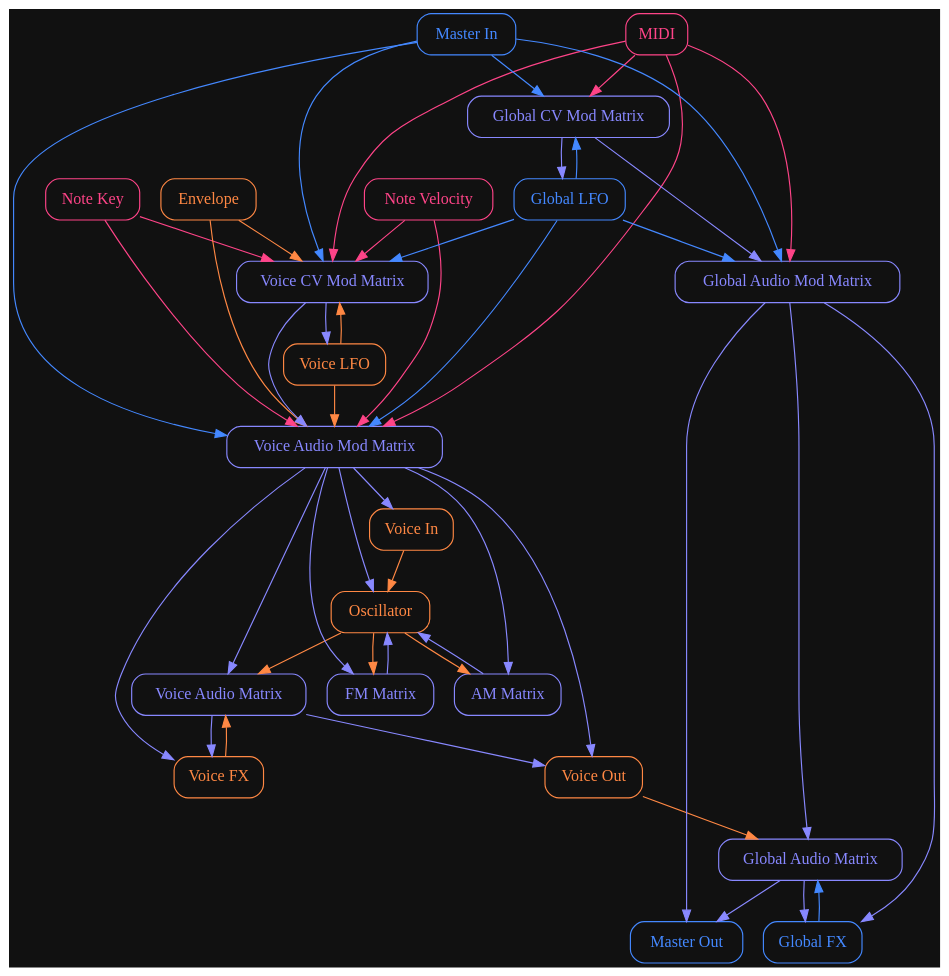
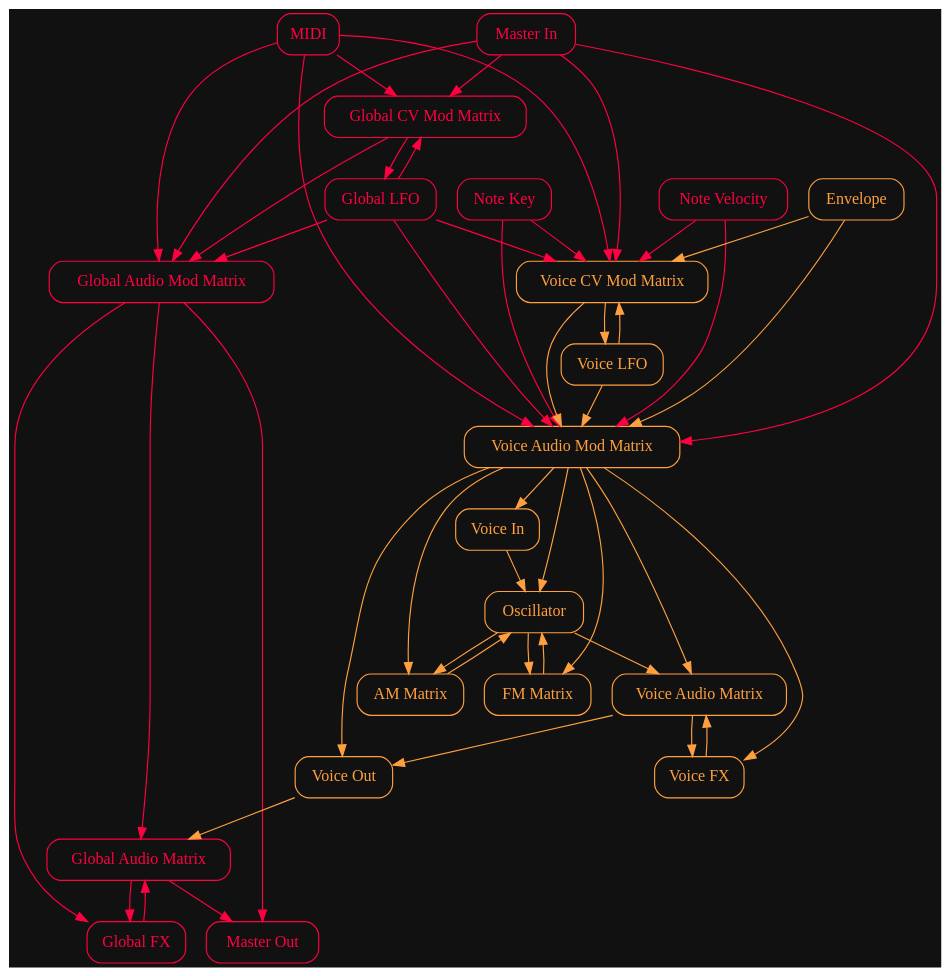
The diagram in static/routing_overview.dot (sjoerdvankreel/firefly-synth), drawn with Graphviz before and after one commit. The commit also changed 1 other file, not shown here.

```diff
--- a/static/routing_overview.dot
+++ b/static/routing_overview.dot
@@ -1,87 +1,83 @@
 digraph Synth {
   bgcolor="#111111";
 
   comment="External Nodes"
-  "MIDI" [shape="rect", style="rounded", color="#FF4488", fontcolor="#FF4488"]
-  "Note Key" [shape="rect", style="rounded", color="#FF4488", fontcolor="#FF4488"]
-  "Note Velocity" [shape="rect", style="rounded", color="#FF4488", fontcolor="#FF4488"]
+  "MIDI" [shape="rect", style="rounded", color="#FF0040", fontcolor="#FF0040"]
+  "Note Key" [shape="rect", style="rounded", color="#FF0040", fontcolor="#FF0040"]
+  "Note Velocity" [shape="rect", style="rounded", color="#FF0040", fontcolor="#FF0040"]
 
   comment="Global Nodes"
-  "Global FX" [shape="rect", style="rounded", color="#4488FF", fontcolor="#4488FF"]
-  "Master Out" [shape="rect", style="rounded", color="#4488FF", fontcolor="#4488FF"]
-  "Master In" [shape="rect", style="rounded", color="#4488FF", fontcolor="#4488FF"]
-  "Global LFO" [shape="rect", style="rounded", color="#4488FF", fontcolor="#4488FF"]
+  "Global FX" [shape="rect", style="rounded", color="#FF0040", fontcolor="#FF0040"]
+  "Master Out" [shape="rect", style="rounded", color="#FF0040", fontcolor="#FF0040"]
+  "Master In" [shape="rect", style="rounded", color="#FF0040", fontcolor="#FF0040"]
+  "Global LFO" [shape="rect", style="rounded", color="#FF0040", fontcolor="#FF0040"]
+  "Global Audio Matrix" [shape="rect", style="rounded", color="#FF0040", fontcolor="#FF0040"]
+  "Global CV Mod Matrix" [shape="rect", style="rounded", color="#FF0040", fontcolor="#FF0040"]
+  "Global Audio Mod Matrix" [shape="rect", style="rounded", color="#FF0040", fontcolor="#FF0040"]
 
   comment="Voice Nodes"
-  "Oscillator" [shape="rect", style="rounded", color="#FF8844", fontcolor="#FF8844"]
-  "Voice FX" [shape="rect", style="rounded", color="#FF8844", fontcolor="#FF8844"]
-  "Voice Out" [shape="rect", style="rounded", color="#FF8844", fontcolor="#FF8844"]
-  "Voice In" [shape="rect", style="rounded", color="#FF8844", fontcolor="#FF8844"]
-  "Voice LFO" [shape="rect", style="rounded", color="#FF8844", fontcolor="#FF8844"]
-  "Envelope" [shape="rect", style="rounded", color="#FF8844", fontcolor="#FF8844"]
-
-  comment="Matrix Nodes"
-  "AM Matrix" [shape="rect", style="rounded", color="#8888FF", fontcolor="#8888FF"]
-  "FM Matrix" [shape="rect", style="rounded", color="#8888FF", fontcolor="#8888FF"]
-  "Voice Audio Matrix" [shape="rect", style="rounded", color="#8888FF", fontcolor="#8888FF"]
-  "Voice CV Mod Matrix" [shape="rect", style="rounded", color="#8888FF", fontcolor="#8888FF"]
-  "Voice Audio Mod Matrix" [shape="rect", style="rounded", color="#8888FF", fontcolor="#8888FF"]
-  "Global Audio Matrix" [shape="rect", style="rounded", color="#8888FF", fontcolor="#8888FF"]
-  "Global CV Mod Matrix" [shape="rect", style="rounded", color="#8888FF", fontcolor="#8888FF"]
-  "Global Audio Mod Matrix" [shape="rect", style="rounded", color="#8888FF", fontcolor="#8888FF"]
+  "Oscillator" [shape="rect", style="rounded", color="#FFA040", fontcolor="#FFA040"]
+  "Voice FX" [shape="rect", style="rounded", color="#FFA040", fontcolor="#FFA040"]
+  "Voice Out" [shape="rect", style="rounded", color="#FFA040", fontcolor="#FFA040"]
+  "Voice In" [shape="rect", style="rounded", color="#FFA040", fontcolor="#FFA040"]
+  "Voice LFO" [shape="rect", style="rounded", color="#FFA040", fontcolor="#FFA040"]
+  "Envelope" [shape="rect", style="rounded", color="#FFA040", fontcolor="#FFA040"]
+  "AM Matrix" [shape="rect", style="rounded", color="#FFA040", fontcolor="#FFA040"]
+  "FM Matrix" [shape="rect", style="rounded", color="#FFA040", fontcolor="#FFA040"]
+  "Voice Audio Matrix" [shape="rect", style="rounded", color="#FFA040", fontcolor="#FFA040"]
+  "Voice CV Mod Matrix" [shape="rect", style="rounded", color="#FFA040", fontcolor="#FFA040"]
+  "Voice Audio Mod Matrix" [shape="rect", style="rounded", color="#FFA040", fontcolor="#FFA040"]
 
   comment="External edges"
-  "MIDI" -> "Voice CV Mod Matrix" [color="#FF4488"]
-  "MIDI" -> "Global CV Mod Matrix" [color="#FF4488"]
-  "MIDI" -> "Voice Audio Mod Matrix" [color="#FF4488"]
-  "MIDI" -> "Global Audio Mod Matrix" [color="#FF4488"]
-  "Note Key" -> "Voice CV Mod Matrix" [color="#FF4488"]
-  "Note Velocity" -> "Voice CV Mod Matrix" [color="#FF4488"]
-  "Note Key" -> "Voice Audio Mod Matrix" [color="#FF4488"]
-  "Note Velocity" -> "Voice Audio Mod Matrix" [color="#FF4488"]
+  "MIDI" -> "Voice CV Mod Matrix" [color="#FF0040"]
+  "MIDI" -> "Global CV Mod Matrix" [color="#FF0040"]
+  "MIDI" -> "Voice Audio Mod Matrix" [color="#FF0040"]
+  "MIDI" -> "Global Audio Mod Matrix" [color="#FF0040"]
+  "Note Key" -> "Voice CV Mod Matrix" [color="#FF0040"]
+  "Note Velocity" -> "Voice CV Mod Matrix" [color="#FF0040"]
+  "Note Key" -> "Voice Audio Mod Matrix" [color="#FF0040"]
+  "Note Velocity" -> "Voice Audio Mod Matrix" [color="#FF0040"]
 
   comment="Voice edges"
-  "Oscillator" -> "AM Matrix" [color="#FF8844"]
-  "Oscillator" -> "FM Matrix" [color="#FF8844"]
-  "Oscillator" -> "Voice Audio Matrix" [color="#FF8844"]
-  "Voice FX" -> "Voice Audio Matrix" [color="#FF8844"]
-  "Voice Out" -> "Global Audio Matrix" [color="#FF8844"]
-  "Voice In" -> "Oscillator" [color="#FF8844"]
-  "Envelope" -> "Voice CV Mod Matrix" [color="#FF8844"]
-  "Voice LFO" -> "Voice CV Mod Matrix" [color="#FF8844"]
-  "Envelope" -> "Voice Audio Mod Matrix" [color="#FF8844"]
-  "Voice LFO" -> "Voice Audio Mod Matrix" [color="#FF8844"]
+  "Oscillator" -> "AM Matrix" [color="#FFA040"]
+  "Oscillator" -> "FM Matrix" [color="#FFA040"]
+  "Oscillator" -> "Voice Audio Matrix" [color="#FFA040"]
+  "Voice FX" -> "Voice Audio Matrix" [color="#FFA040"]
+  "Voice Out" -> "Global Audio Matrix" [color="#FFA040"]
+  "Voice In" -> "Oscillator" [color="#FFA040"]
+  "Envelope" -> "Voice CV Mod Matrix" [color="#FFA040"]
+  "Voice LFO" -> "Voice CV Mod Matrix" [color="#FFA040"]
+  "Envelope" -> "Voice Audio Mod Matrix" [color="#FFA040"]
+  "Voice LFO" -> "Voice Audio Mod Matrix" [color="#FFA040"]
+  "AM Matrix" -> "Oscillator" [color="#FFA040"]
+  "FM Matrix" -> "Oscillator" [color="#FFA040"]
+  "Voice Audio Matrix" -> "Voice FX" [color="#FFA040"]
+  "Voice Audio Matrix" -> "Voice Out" [color="#FFA040"]
+  "Voice Audio Mod Matrix" -> "Voice In" [color="#FFA040"]
+  "Voice Audio Mod Matrix" -> "Oscillator" [color="#FFA040"]
+  "Voice Audio Mod Matrix" -> "AM Matrix" [color="#FFA040"]
+  "Voice Audio Mod Matrix" -> "FM Matrix" [color="#FFA040"]
+  "Voice Audio Mod Matrix" -> "Voice FX" [color="#FFA040"]
+  "Voice Audio Mod Matrix" -> "Voice Audio Matrix" [color="#FFA040"]
+  "Voice Audio Mod Matrix" -> "Voice Out" [color="#FFA040"]
+  "Voice CV Mod Matrix" -> "Voice LFO" [color="#FFA040"]
+  "Voice CV Mod Matrix" -> "Voice Audio Mod Matrix" [color="#FFA040"]
 
   comment="Global edges"
-  "Global FX" -> "Global Audio Matrix" [color="#4488FF"]
-  "Master In" -> "Global CV Mod Matrix" [color="#4488FF"]
-  "Global LFO" -> "Global CV Mod Matrix" [color="#4488FF"]
-  "Master In" -> "Voice CV Mod Matrix" [color="#4488FF"]
-  "Global LFO" -> "Voice CV Mod Matrix" [color="#4488FF"]
-  "Master In" -> "Global Audio Mod Matrix" [color="#4488FF"]
-  "Global LFO" -> "Global Audio Mod Matrix" [color="#4488FF"]
-  "Master In" -> "Voice Audio Mod Matrix" [color="#4488FF"]
-  "Global LFO" -> "Voice Audio Mod Matrix" [color="#4488FF"]
-
-  comment="Matrix edges"
-  "AM Matrix" -> "Oscillator" [color="#8888FF"]
-  "FM Matrix" -> "Oscillator" [color="#8888FF"]
-  "Voice Audio Matrix" -> "Voice FX" [color="#8888FF"]
-  "Voice Audio Matrix" -> "Voice Out" [color="#8888FF"]
-  "Global Audio Matrix" -> "Global FX" [color="#8888FF"]
-  "Global Audio Matrix" -> "Master Out" [color="#8888FF"]
-  "Voice Audio Mod Matrix" -> "Voice In" [color="#8888FF"]
-  "Voice Audio Mod Matrix" -> "Oscillator" [color="#8888FF"]
-  "Voice Audio Mod Matrix" -> "AM Matrix" [color="#8888FF"]
-  "Voice Audio Mod Matrix" -> "FM Matrix" [color="#8888FF"]
-  "Voice Audio Mod Matrix" -> "Voice FX" [color="#8888FF"]
-  "Voice Audio Mod Matrix" -> "Voice Audio Matrix" [color="#8888FF"]
-  "Voice Audio Mod Matrix" -> "Voice Out" [color="#8888FF"]
-  "Global Audio Mod Matrix" -> "Master Out" [color="#8888FF"]
-  "Global Audio Mod Matrix" -> "Global FX" [color="#8888FF"]
-  "Global Audio Mod Matrix" -> "Global Audio Matrix" [color="#8888FF"]
-  "Voice CV Mod Matrix" -> "Voice LFO" [color="#8888FF"]
-  "Voice CV Mod Matrix" -> "Voice Audio Mod Matrix" [color="#8888FF"]
-  "Global CV Mod Matrix" -> "Global LFO" [color="#8888FF"]
-  "Global CV Mod Matrix" -> "Global Audio Mod Matrix" [color="#8888FF"]
+  "Global FX" -> "Global Audio Matrix" [color="#FF0040"]
+  "Master In" -> "Global CV Mod Matrix" [color="#FF0040"]
+  "Global LFO" -> "Global CV Mod Matrix" [color="#FF0040"]
+  "Master In" -> "Voice CV Mod Matrix" [color="#FF0040"]
+  "Global LFO" -> "Voice CV Mod Matrix" [color="#FF0040"]
+  "Master In" -> "Global Audio Mod Matrix" [color="#FF0040"]
+  "Global LFO" -> "Global Audio Mod Matrix" [color="#FF0040"]
+  "Master In" -> "Voice Audio Mod Matrix" [color="#FF0040"]
+  "Global LFO" -> "Voice Audio Mod Matrix" [color="#FF0040"]
+  "Global Audio Matrix" -> "Global FX" [color="#FF0040"]
+  "Global Audio Matrix" -> "Master Out" [color="#FF0040"]
+  "Global Audio Mod Matrix" -> "Master Out" [color="#FF0040"]
+  "Global Audio Mod Matrix" -> "Global FX" [color="#FF0040"]
+  "Global Audio Mod Matrix" -> "Global Audio Matrix" [color="#FF0040"]
+  "Global CV Mod Matrix" -> "Global LFO" [color="#FF0040"]
+  "Global CV Mod Matrix" -> "Global Audio Mod Matrix" [color="#FF0040"]
 }
```
